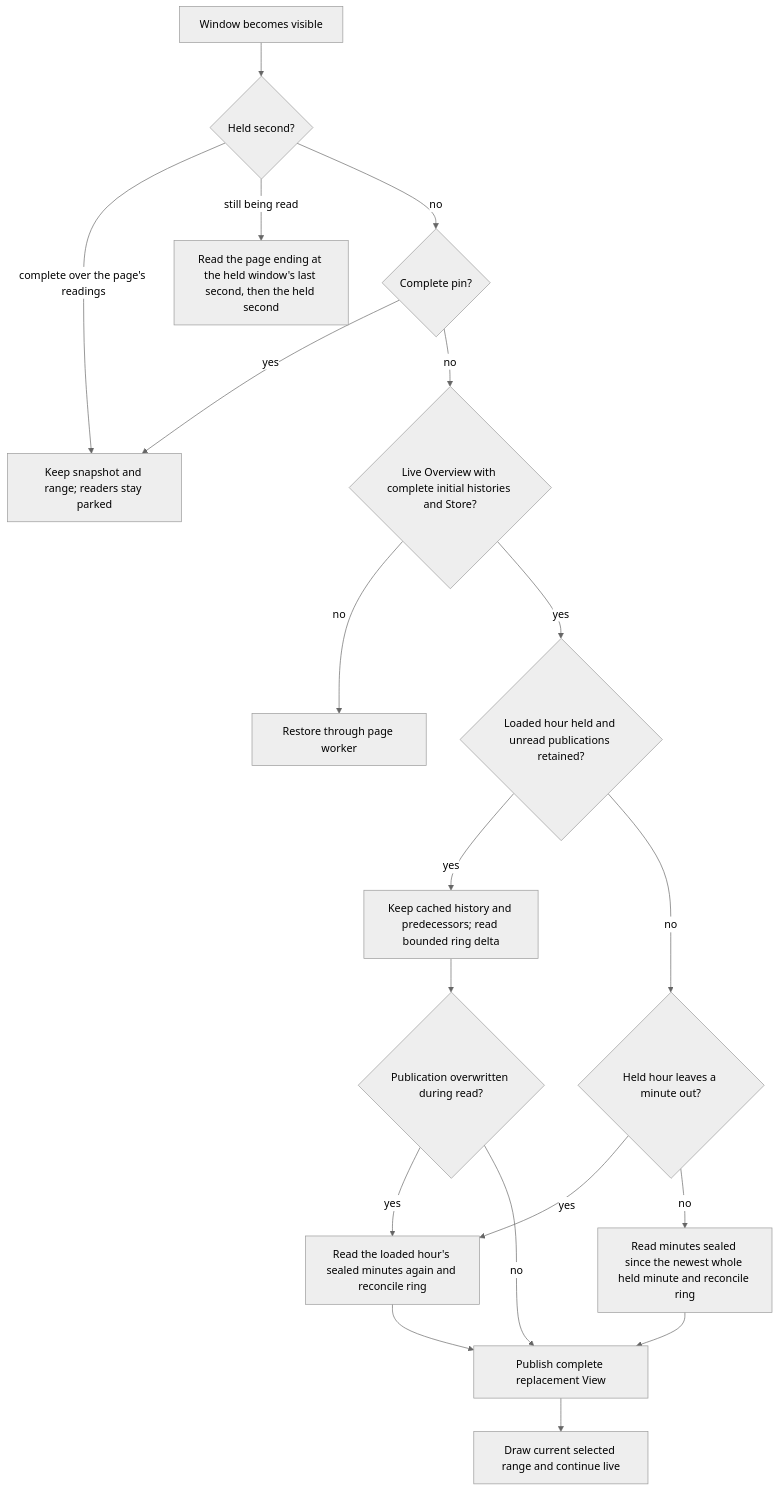
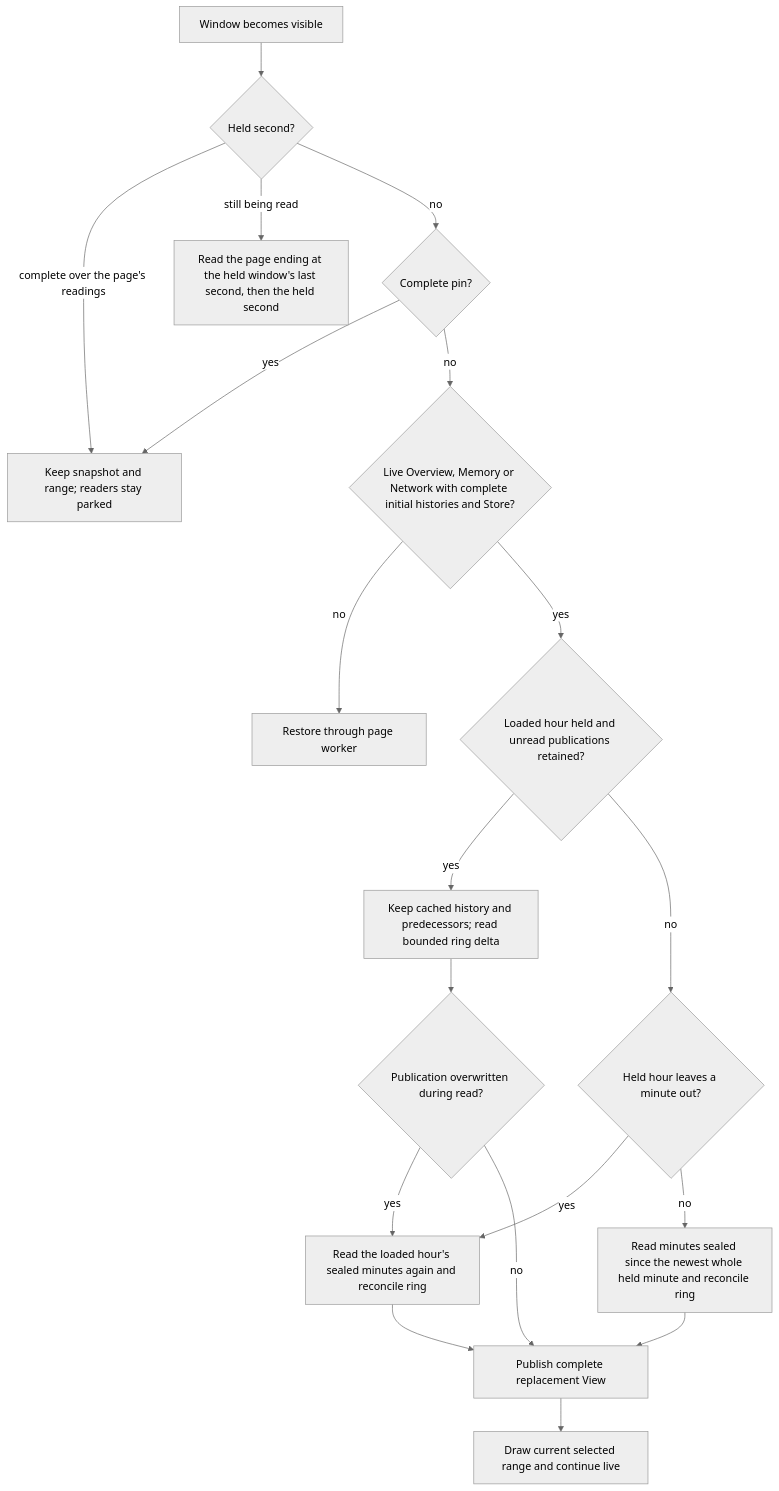
One commit to joaofnds/flightdeck changed the third of 3 diagrams in docs/architecture.md. Above: the diagram before and after it, drawn with Mermaid (neutral theme). The commit also changed other lines of this file and 2 other files, not shown here.

First line of the commit message:
describe memory and network as pages drawn from the store's view

````diff
--- a/docs/architecture.md
+++ b/docs/architecture.md
@@ -187,21 +189,21 @@
 ```mermaid
 flowchart TD
     Show[Window becomes visible] --> Held{Held second?}
     Held -->|complete over the page's readings| Keep
     Held -->|still being read| HeldRead[Read the page ending at the held window's last second, then the held second]
     Held -->|no| Pin{Complete pin?}
     Pin -->|yes| Keep[Keep snapshot and range; readers stay parked]
-    Pin -->|no| Eligible{Live Overview with complete initial histories and Store?}
+    Pin -->|no| Eligible{Live Overview, Memory or Network with complete initial histories and Store?}
     Eligible -->|no| Worker[Restore through page worker]
     Eligible -->|yes| Covered{Loaded hour held and unread publications retained?}
     Covered -->|yes| Delta[Keep cached history and predecessors; read bounded ring delta]
     Covered -->|no| LeftOut{Held hour leaves a minute out?}
     LeftOut -->|yes| Hour
     LeftOut -->|no| Reload[Read minutes sealed since the newest whole held minute and reconcile ring]
     Delta --> Lost{Publication overwritten during read?}
     Lost -->|yes| Hour[Read the loaded hour's sealed minutes again and reconcile ring]
     Lost -->|no| Complete[Publish complete replacement View]
     Reload --> Complete
     Hour --> Complete
     Complete --> Live[Draw current selected range and continue live]
 ```
````
